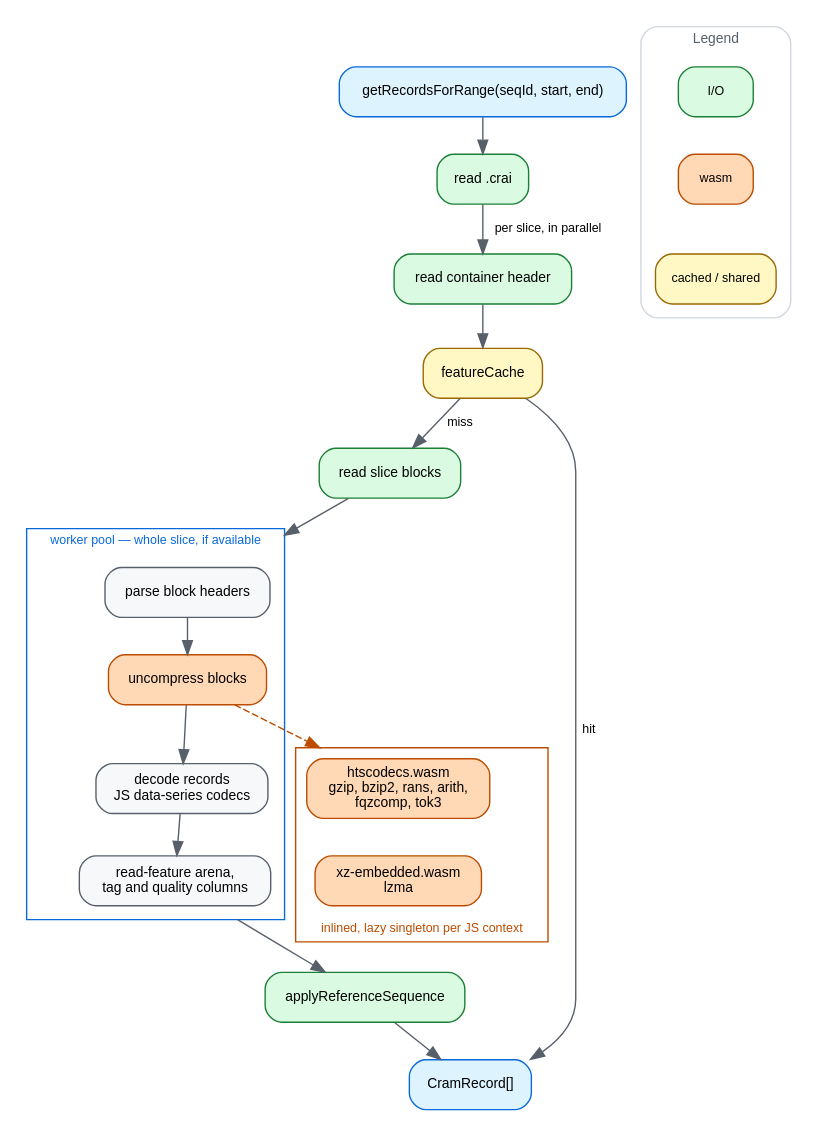
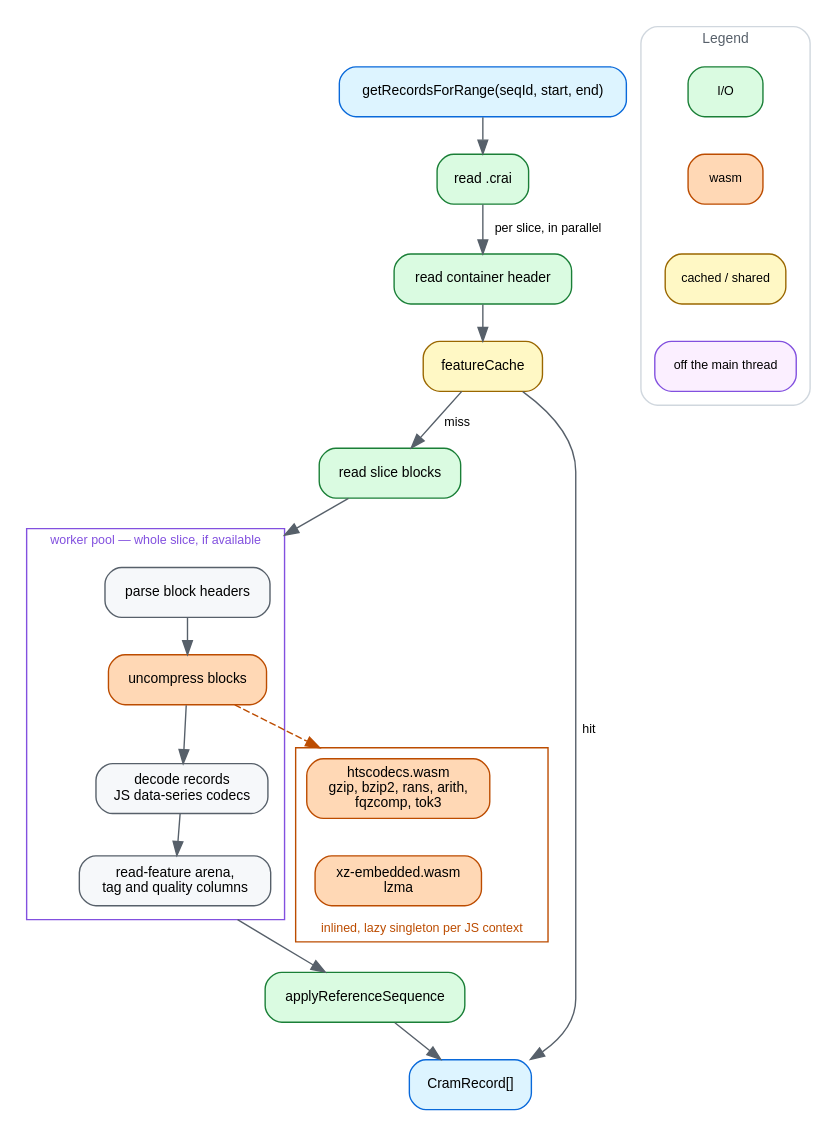
Before and after one commit to GMOD/cram-js: the diagram in docs/img/dataflow.dot, drawn with Graphviz. The commit also changed 2 other files, not shown here.

Commit message:
docs: give the worker pool its own legend color
The cluster border was the same blue the legend spends on the public API
entry and exit. Purple now means off the main thread, and the legend says so.

Claude-Session: https://claude.ai/code/session_01Ps2aczNGhU1pZ6ap53qXUd

```diff
--- a/docs/img/dataflow.dot
+++ b/docs/img/dataflow.dot
@@ -1,82 +1,85 @@
 // Source for docs/img/dataflow.svg, which dataflow.md embeds.
 // Regenerate with: dot -Tsvg docs/img/dataflow.dot -o docs/img/dataflow.svg
 //
 // Deliberately the MAIN PATH only, with short labels — the worker fallback, the
 // zero-copy transfer, the reference callback, the .crai's own gunzip and the
 // per-block wasm boundary are all explained in dataflow.md instead. A diagram
 // that shows every branch stops being the thing you look at first.
 //
 // SYNC: ~/src/gmod/bam-js/docs/img/dataflow.dot — same palette, legend and
 // spine. The two clusters are the one thing cram adds: what moves to a worker,
 // and what is wasm. bam draws its pool as a single node off a dashed "optional"
 // edge because only decompression moves; here the unit is the whole slice, so
-// the pool has to be a box around several steps. Same term, different mark.
+// the pool has to be a box around several steps. Same term, different mark —
+// and purple means the same thing in all three, which is why the pool is not
+// drawn in the wasm orange it used to be.
 digraph cramjs {
   rankdir=TB
   compound=true
   bgcolor="white"
   nodesep=0.3
   ranksep=0.36
   node [shape=box style="filled,rounded" fillcolor="#f6f8fa" color="#57606a"
         fontname="Helvetica" fontsize=10 margin="0.14,0.07"]
   edge [color="#57606a" fontname="Helvetica" fontsize=9]
 
   query [label="getRecordsForRange(seqId, start, end)" fillcolor="#ddf4ff" color="#0969da"]
   crai  [label="read .crai" fillcolor="#dafbe1" color="#1a7f37"]
   cont  [label="read container header" fillcolor="#dafbe1" color="#1a7f37"]
   cache [label="featureCache" fillcolor="#fff8c5" color="#9a6700"]
   read  [label="read slice blocks" fillcolor="#dafbe1" color="#1a7f37"]
   ref   [label="applyReferenceSequence" fillcolor="#dafbe1" color="#1a7f37"]
   out   [label="CramRecord[]" fillcolor="#ddf4ff" color="#0969da"]
 
   subgraph cluster_decode {
     label="worker pool — whole slice, if available"
-    fontname="Helvetica" fontsize=9 fontcolor="#0969da" color="#0969da"
+    fontname="Helvetica" fontsize=9 fontcolor="#8250df" color="#8250df"
     margin=10
 
     walk  [label="parse block headers"]
     uncmp [label="uncompress blocks" fillcolor="#ffd8b5" color="#bc4c00"]
     recs  [label="decode records\nJS data-series codecs"]
     cols  [label="read-feature arena,\ntag and quality columns"]
   }
 
   subgraph cluster_wasm {
     label="inlined, lazy singleton per JS context"
     labelloc=b
     fontname="Helvetica" fontsize=9 fontcolor="#bc4c00" color="#bc4c00"
 
     hts [label="htscodecs.wasm\ngzip, bzip2, rans, arith,\nfqzcomp, tok3" fillcolor="#ffd8b5" color="#bc4c00"]
     xz  [label="xz-embedded.wasm\nlzma" fillcolor="#ffd8b5" color="#bc4c00"]
     hts -> xz [style=invis]
   }
 
   query -> crai
   crai  -> cont  [label=" per slice, in parallel "]
   cont  -> cache
   cache -> read  [label=" miss "]
   read  -> walk  [lhead=cluster_decode]
   walk  -> uncmp
   uncmp -> recs
   recs  -> cols
   cols  -> ref   [ltail=cluster_decode]
   ref   -> out
   cache -> out   [label=" hit "]
 
   uncmp -> hts   [style=dashed color="#bc4c00" lhead=cluster_wasm]
 
   subgraph cluster_legend {
     label="Legend"
     labelloc="t"
     fontname="Helvetica"
     fontsize=10
     fontcolor="#57606a"
     color="#d0d7de"
     style="rounded"
     margin=10
     node [shape=box style="filled,rounded" fontsize=9 margin="0.1,0.04"]
     l1 [label="I/O" fillcolor="#dafbe1" color="#1a7f37"]
     l2 [label="wasm" fillcolor="#ffd8b5" color="#bc4c00"]
     l3 [label="cached / shared" fillcolor="#fff8c5" color="#9a6700"]
-    l1 -> l2 -> l3 [style=invis]
+    l4 [label="off the main thread" fillcolor="#fbefff" color="#8250df"]
+    l1 -> l2 -> l3 -> l4 [style=invis]
   }
 }
```
